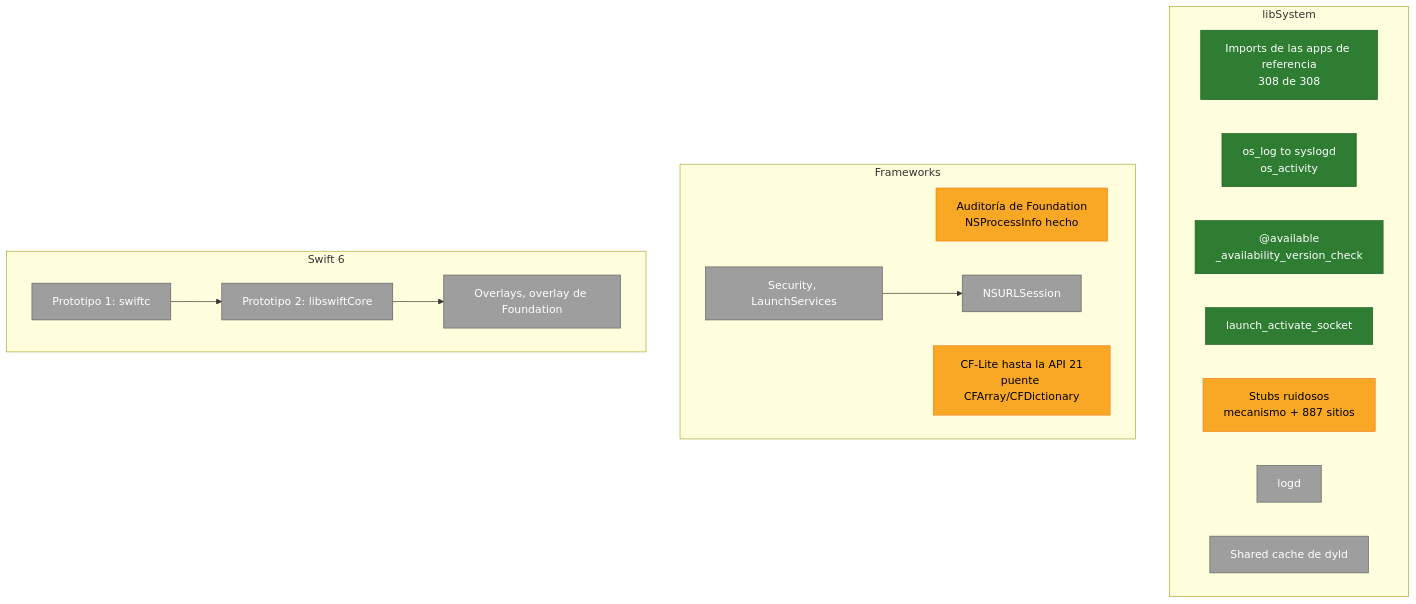
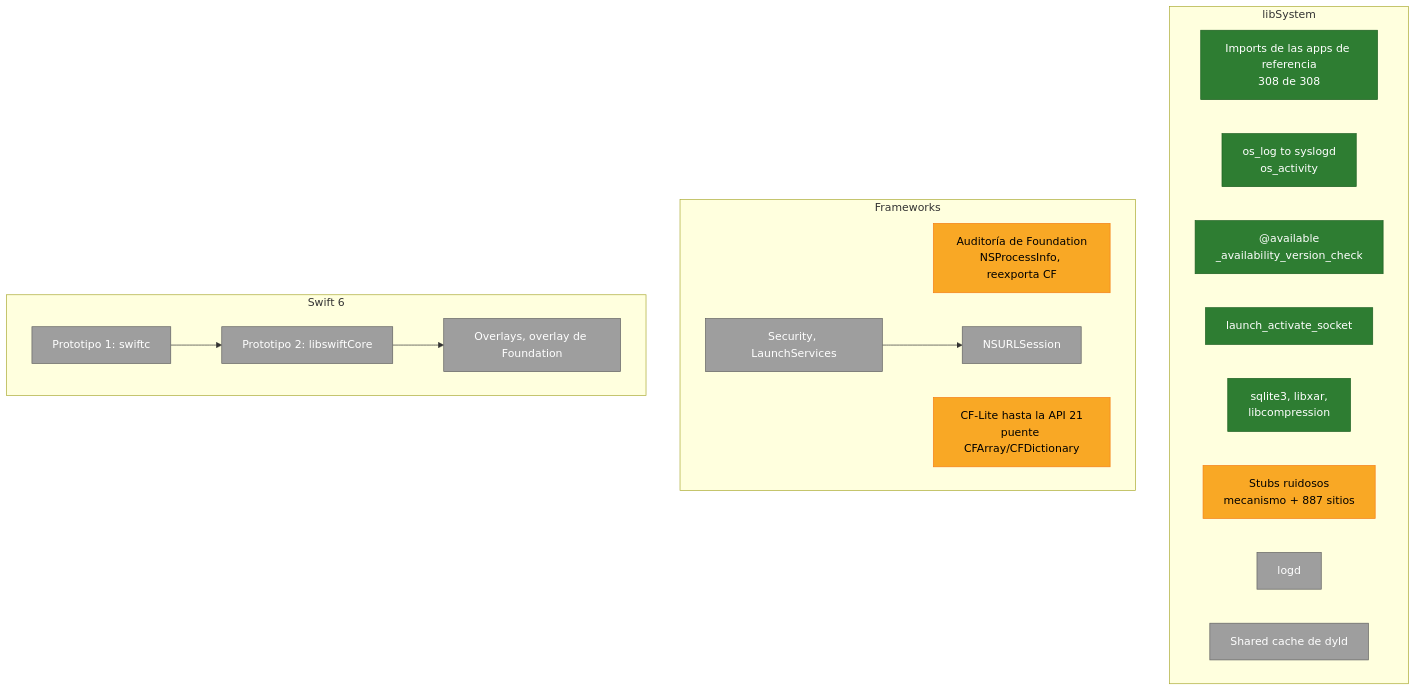
The second of 4 diagrams in Docs/Progress.es.md (minkaros/minkar), drawn with Mermaid before and after one commit. The commit also changed 3 other files, not shown here.

````diff
--- a/Docs/Progress.es.md
+++ b/Docs/Progress.es.md
@@ -37,29 +37,30 @@
 ```mermaid
 flowchart TB
     subgraph LS["libSystem"]
         L1["Imports de las apps de referencia<br/>308 de 308"]:::done
         L2["os_log to syslogd<br/>os_activity"]:::done
         L3["@available<br/>_availability_version_check"]:::done
         L4["launch_activate_socket"]:::done
+        L8["sqlite3, libxar,<br/>libcompression"]:::done
         L5["Stubs ruidosos<br/>mecanismo + 887 sitios"]:::partial
         L6["logd"]:::todo
         L7["Shared cache de dyld"]:::todo
     end
     subgraph FW["Frameworks"]
-        F1["Auditoría de Foundation<br/>NSProcessInfo hecho"]:::partial
+        F1["Auditoría de Foundation<br/>NSProcessInfo, reexporta CF"]:::partial
         F2["NSURLSession"]:::todo
         F3["CF-Lite hasta la API 21<br/>puente CFArray/CFDictionary"]:::partial
         F4["Security, LaunchServices"]:::todo
     end
     subgraph SW["Swift 6"]
         S1["Prototipo 1: swiftc"]:::todo
         S2["Prototipo 2: libswiftCore"]:::todo
         S3["Overlays, overlay de Foundation"]:::todo
     end
     S1 --> S2 --> S3
     F4 --> F2
 
     classDef done fill:#2e7d32,stroke:#1b5e20,color:#fff
     classDef partial fill:#f9a825,stroke:#f57f17,color:#000
     classDef todo fill:#9e9e9e,stroke:#616161,color:#fff
 ```
````
